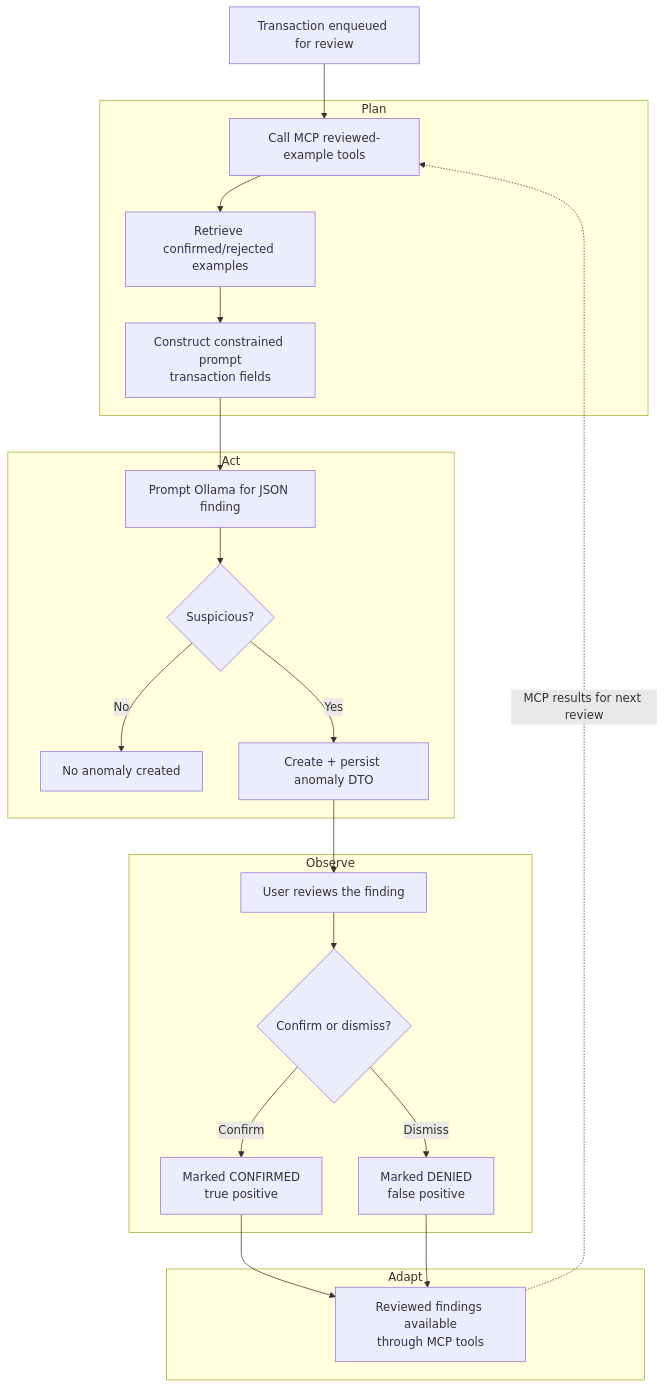
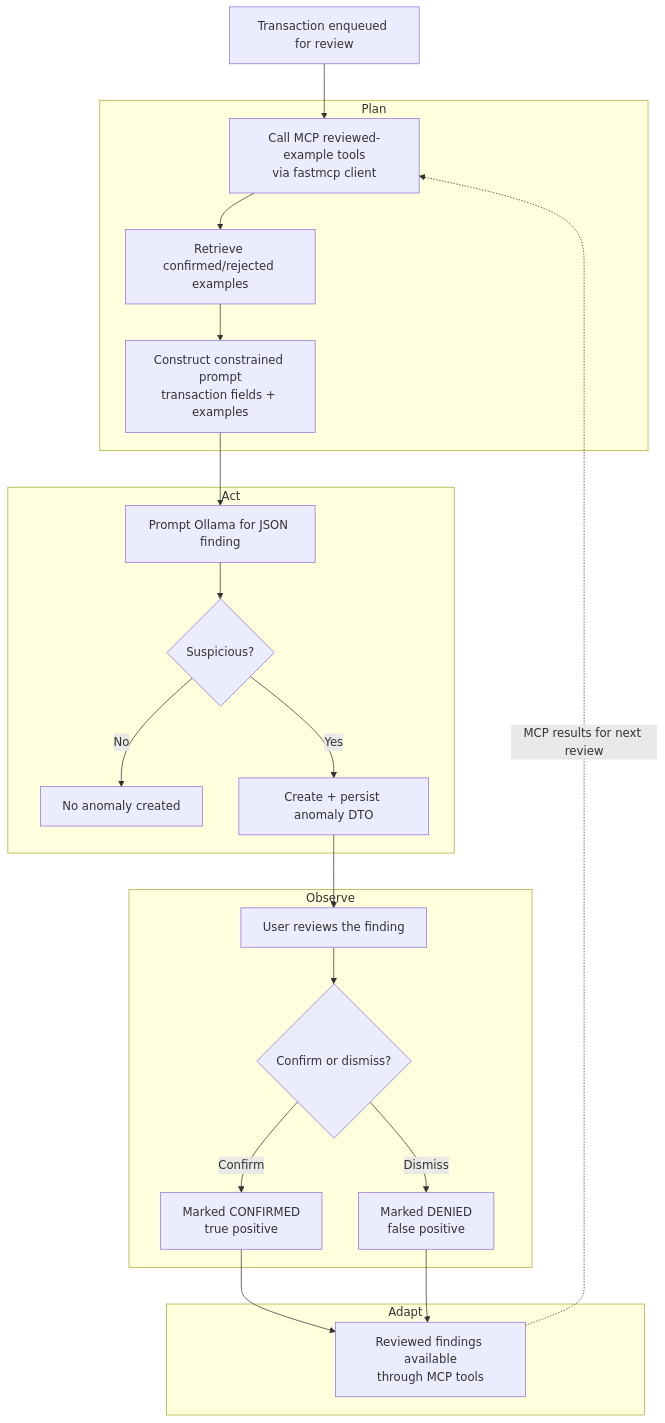
Before and after one commit to David-S-22/ASD-Spring-2026: the diagram in aiden/backend/README.md, drawn with Mermaid. The commit also changed other lines of this file and 6 other files, not shown here.

````diff
--- a/aiden/backend/README.md
+++ b/aiden/backend/README.md
@@ -74,30 +78,30 @@
 ```mermaid
 flowchart TD
     A[Transaction enqueued for review] --> B
 
     subgraph Plan
-        B[Call MCP reviewed-example tools] --> C[Retrieve confirmed/rejected examples]
-        C --> D[Construct constrained prompt<br/>transaction fields]
+        B[Call MCP reviewed-example tools<br/>via fastmcp client] --> C[Retrieve confirmed/rejected examples]
+        C --> D[Construct constrained prompt<br/>transaction fields + examples]
     end
 
     subgraph Act
         D --> E[Prompt Ollama for JSON finding]
         E --> F{Suspicious?}
         F -- No --> G[No anomaly created]
         F -- Yes --> H[Create + persist anomaly DTO]
     end
 
     subgraph Observe
         H --> I[User reviews the finding]
         I --> J{Confirm or dismiss?}
         J -- Confirm --> K[Marked CONFIRMED<br/>true positive]
         J -- Dismiss --> L[Marked DENIED<br/>false positive]
     end
 
     subgraph Adapt
         K --> M[Reviewed findings available<br/>through MCP tools]
         L --> M
     end
 
     M -. MCP results for next review .-> B
 ```
````
